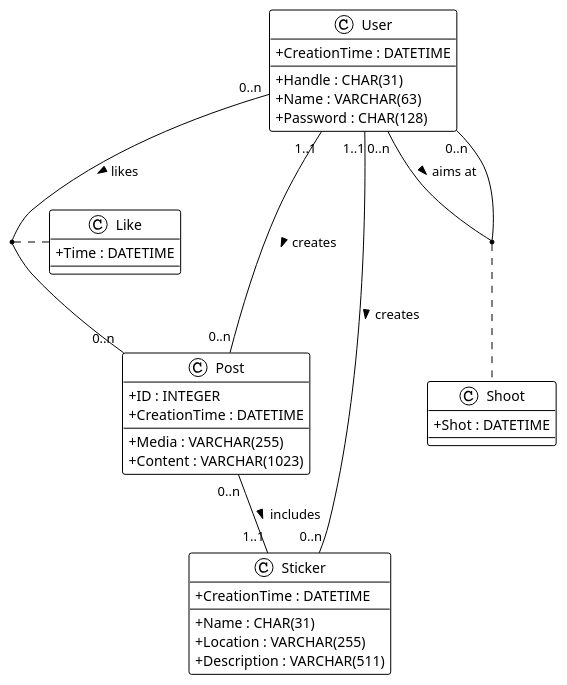
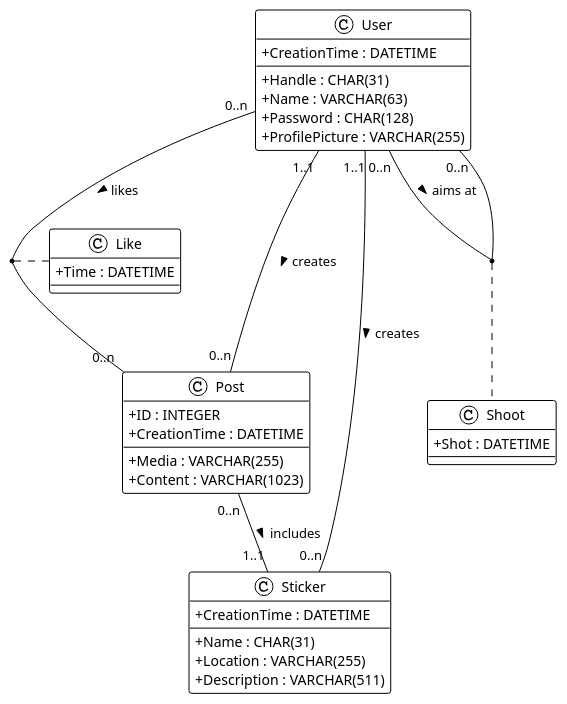
Before and after one commit to luca-baeck/Soziales-Netzwerk: the diagram in doc/hiddlestick.puml, drawn with PlantUML. The commit also changed 3 other files, not shown here.

Commit message:
Added ProfilePicture to the table

```diff
--- a/doc/hiddlestick.puml
+++ b/doc/hiddlestick.puml
@@ -1,58 +1,59 @@
 @startuml hiddlestick
 
 !theme plain
 skinparam ClassAttributeIconSize 0
 
 class User{
     + Handle : CHAR(31)
     + Name : VARCHAR(63)
     + Password : CHAR(128)
+    + ProfilePicture : VARCHAR(255)
     + CreationTime : DATETIME
 }
 
 class Post{
     + ID : INTEGER
     /'
     + Creator : CHAR(31)
     + Sticker : CHAR(31)
     '/
     + Media : VARCHAR(255)
     + Content : VARCHAR(1023)
     + CreationTime : DATETIME
 }
 
 class Sticker{
     + Name : CHAR(31)
     + Location : VARCHAR(255)
     /'
     + Creator : CHAR(31)
     '/
     + Description : VARCHAR(511)
     + CreationTime : DATETIME
 }
 
 User "0..n" -- "0..n" User : aims at >
 (User, User) . Shoot
 User "1..1" -- "0..n" Post : creates >
 User "1..1" -- "0..n" Sticker : creates >
 Post "0..n" -- "1..1" Sticker : includes >
 User "0..n" -- "0..n" Post : likes >
 (User, Post) . Like
 
 class Shoot{
     /'
     + Target : CHAR(31)
     + Archer : CHAR(31)
     '/
     + Shot : DATETIME
 }
 
 class Like{
     /'
     + PostID : INTEGER
     + User : CHAR(31)
     '/
     + Time : DATETIME
 }
 
 @enduml
```
